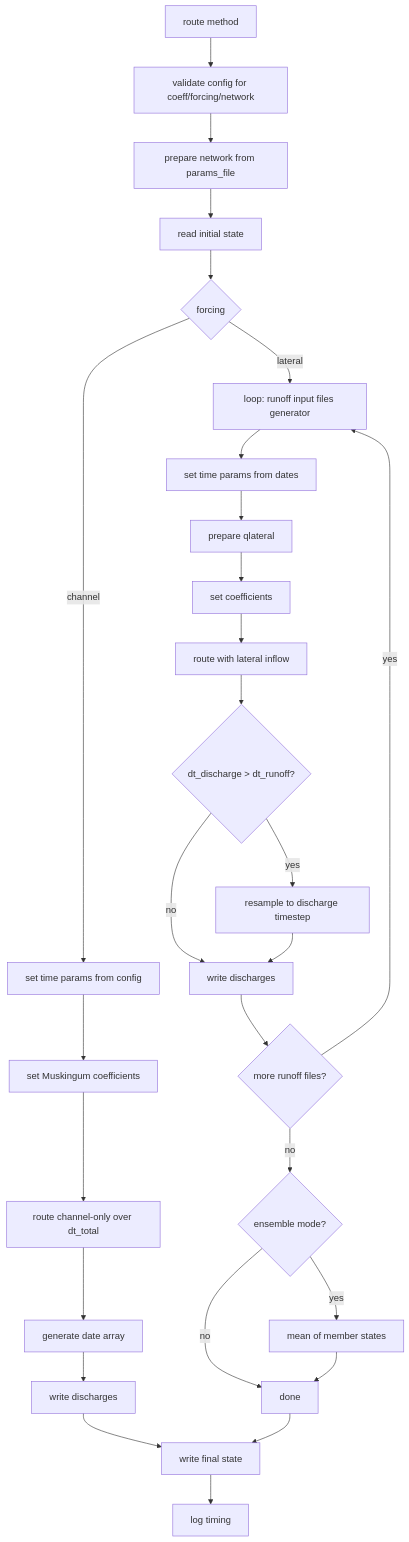
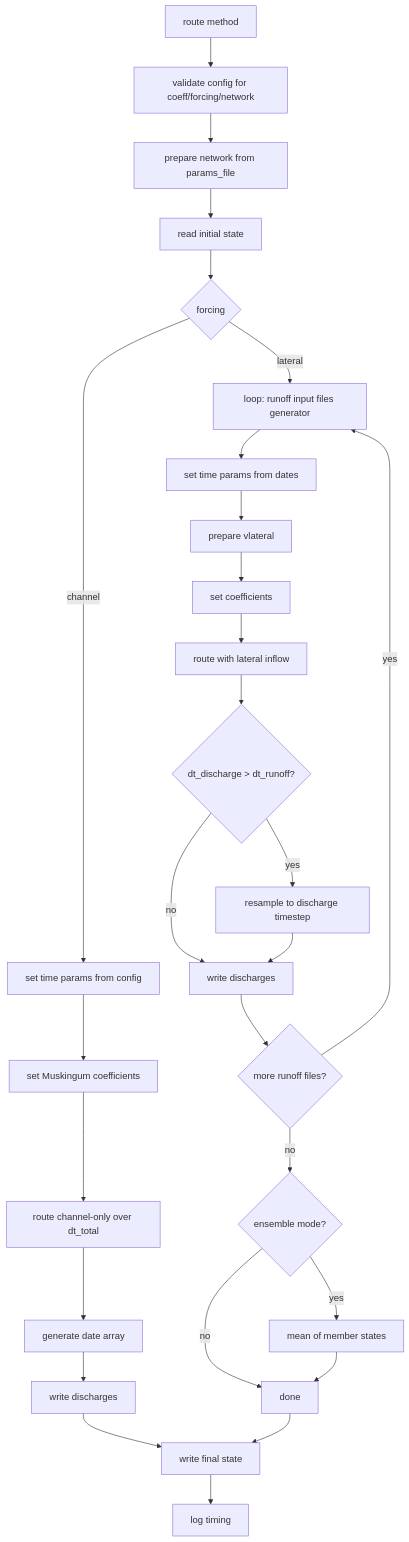
The diagram in docs/tutorial/advanced.md (rileyhales/river-route), drawn with Mermaid before and after one commit. The commit also changed other lines of this file and 43 other files, not shown here.

````diff
--- a/docs/tutorial/advanced.md
+++ b/docs/tutorial/advanced.md
@@ -3,33 +3,33 @@
 ```mermaid
 graph TD
     A[route method] --> B[validate config for coeff/forcing/network]
     B --> C[prepare network from params_file]
     C --> D[read initial state]
     D --> E{forcing}
 
     E -->|channel| F[set time params from config]
     F --> G[set Muskingum coefficients]
     G --> H[route channel-only over dt_total]
     H --> I[generate date array]
     I --> J[write discharges]
 
     E -->|lateral| K[loop: runoff input files generator]
     K --> L[set time params from dates]
-    L --> M[prepare qlateral]
+    L --> M[prepare vlateral]
     M --> N[set coefficients]
     N --> O[route with lateral inflow]
     O --> P{dt_discharge > dt_runoff?}
     P -->|yes| Q[resample to discharge timestep]
     P -->|no| R[write discharges]
     Q --> R
     R --> S{more runoff files?}
     S -->|yes| K
     S -->|no| T{ensemble mode?}
     T -->|yes| U[mean of member states]
     T -->|no| V[done]
     U --> V
 
     J --> W[write final state]
     V --> W
     W --> X[log timing]
 ```
````
